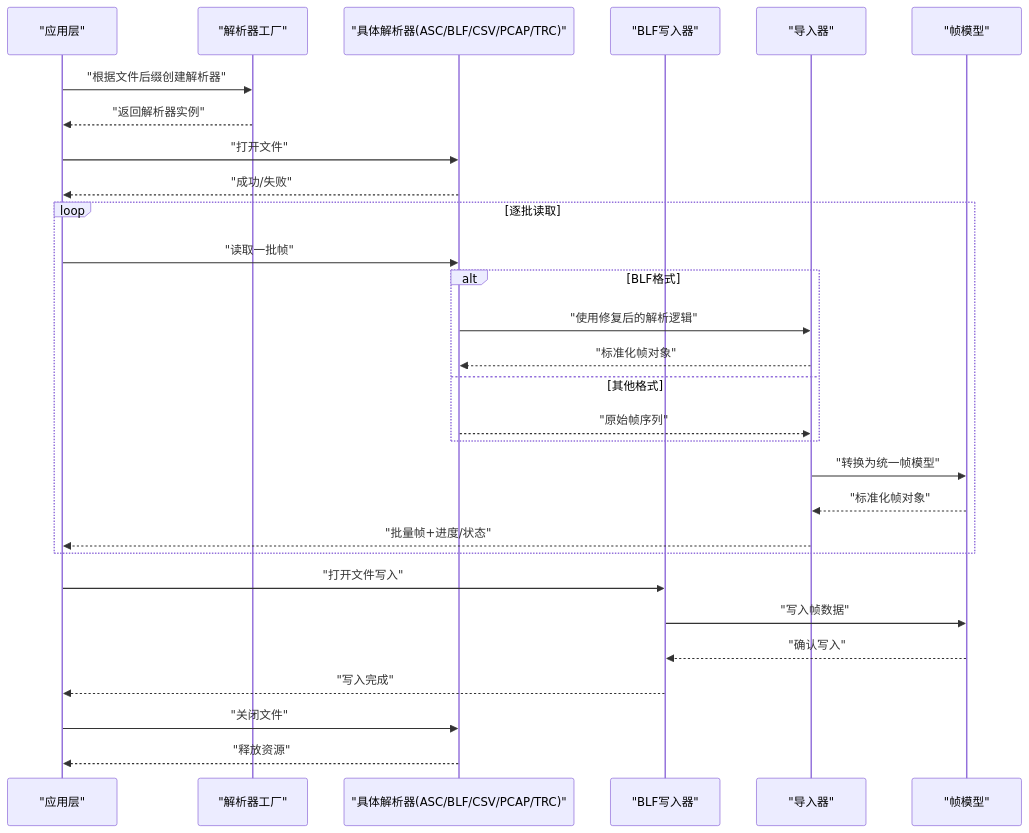
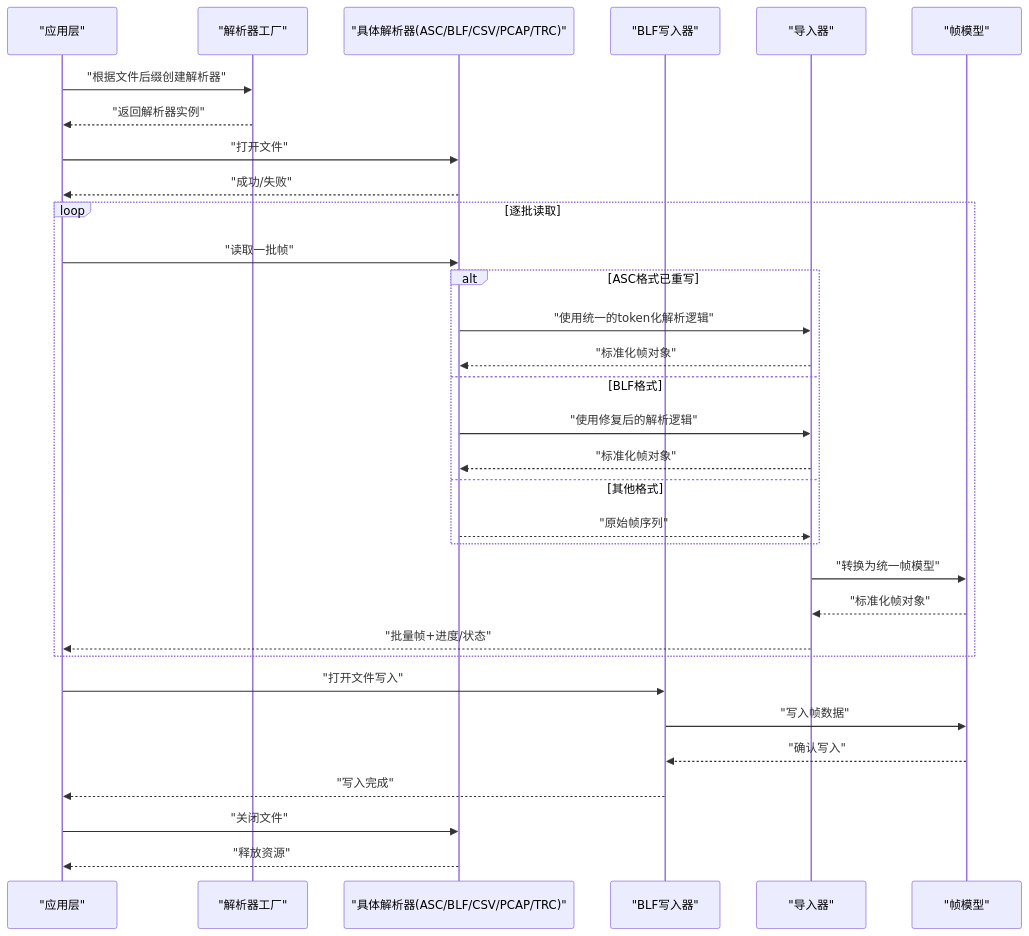
Before and after one commit to jakecai1225-design/OpenBus: the second of 11 diagrams in .qoder/repowiki/zh/content/核心模块详解/CAN文件IO系统.md, drawn with Mermaid. The commit also changed other lines of this file and 12 other files, not shown here.

Commit message:
graphic回放bug

````diff
--- a/.qoder/repowiki/zh/content/核心模块详解/CAN文件IO系统.md
+++ b/.qoder/repowiki/zh/content/核心模块详解/CAN文件IO系统.md
@@ -144,31 +147,34 @@
 ```mermaid
 sequenceDiagram
 participant App as "应用层"
 participant Factory as "解析器工厂"
 participant Reader as "具体解析器(ASC/BLF/CSV/PCAP/TRC)"
 participant Writer as "BLF写入器"
 participant Importer as "导入器"
 participant Model as "帧模型"
 App->>Factory : "根据文件后缀创建解析器"
 Factory-->>App : "返回解析器实例"
 App->>Reader : "打开文件"
 Reader-->>App : "成功/失败"
 loop 逐批读取
 App->>Reader : "读取一批帧"
-alt BLF格式
+alt ASC格式已重写
+Reader->>Importer : "使用统一的token化解析逻辑"
+Importer-->>Reader : "标准化帧对象"
+else BLF格式
 Reader->>Importer : "使用修复后的解析逻辑"
 Importer-->>Reader : "标准化帧对象"
 else 其他格式
 Reader-->>Importer : "原始帧序列"
 end
 Importer->>Model : "转换为统一帧模型"
 Model-->>Importer : "标准化帧对象"
 Importer-->>App : "批量帧+进度/状态"
 end
 App->>Writer : "打开文件写入"
 Writer->>Model : "写入帧数据"
 Model-->>Writer : "确认写入"
 Writer-->>App : "写入完成"
 App->>Reader : "关闭文件"
 Reader-->>App : "释放资源"
 ```
````
